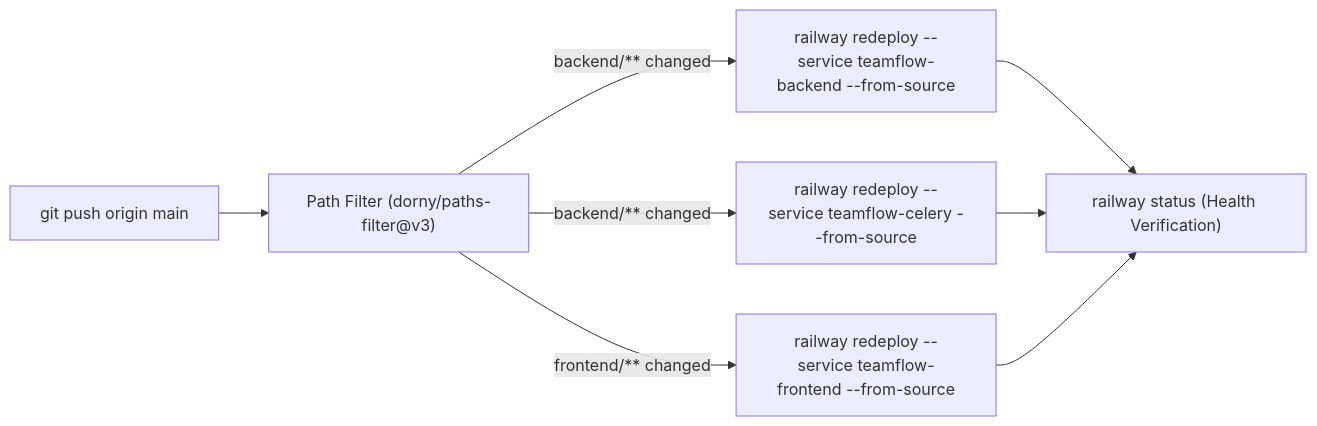
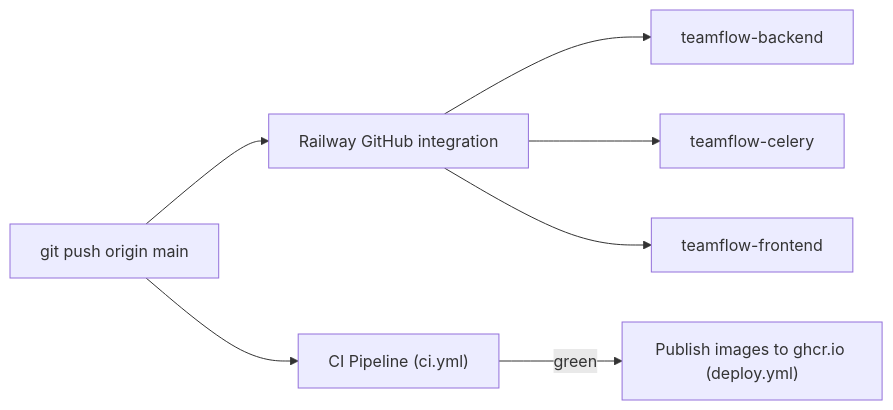
The sixth of 6 diagrams in ARCHITECTURE_DESIGN.md (Asta-Builds/TeamFlow), drawn with Mermaid before and after one commit. The commit also changed other lines of this file and 1 other file, not shown here.

Commit message:
ci: remove the duplicate Railway deploy workflow
Railway already deploys every push to main through its GitHub
integration. The Actions workflow ran `railway` against an empty
RAILWAY_TOKEN secret, so it failed on every push. Giving it a token
would have deployed each push twice. The architecture doc now describes
how deploys actually happen.

````diff
--- a/ARCHITECTURE_DESIGN.md
+++ b/ARCHITECTURE_DESIGN.md
@@ -501,8 +501,8 @@
 ```mermaid
 flowchart LR
-    Push["git push origin main"] --> Filter["Path Filter (dorny/paths-filter@v3)"]
-    Filter -->|backend/** changed| DeployBE["railway redeploy --service teamflow-backend --from-source"]
-    Filter -->|backend/** changed| DeployCelery["railway redeploy --service teamflow-celery --from-source"]
-    Filter -->|frontend/** changed| DeployFE["railway redeploy --service teamflow-frontend --from-source"]
-    DeployBE & DeployCelery & DeployFE --> Verify["railway status (Health Verification)"]
+    Push["git push origin main"] --> Railway["Railway GitHub integration"]
+    Railway --> BE["teamflow-backend"]
+    Railway --> Celery["teamflow-celery"]
+    Railway --> FE["teamflow-frontend"]
+    Push --> CI["CI Pipeline (ci.yml)"] -->|green| Images["Publish images to ghcr.io (deploy.yml)"]
 ```
````
